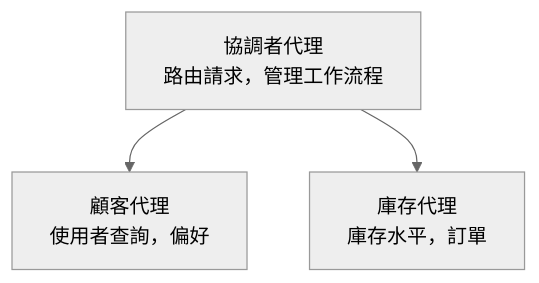
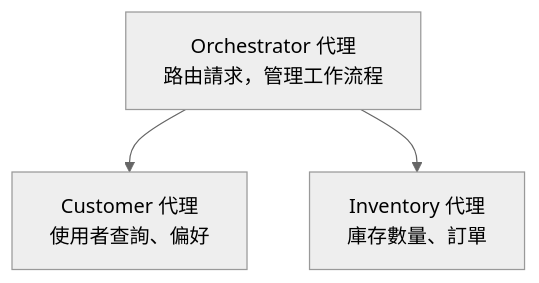
The diagram in translations/zh-TW/docs/chapter-05-multi-agent/README.md (microsoft/AZD-for-beginners), drawn with Mermaid (neutral theme) before and after one commit. The commit also changed other lines of this file and 104 other files, not shown here.

````diff
--- a/translations/zh-TW/docs/chapter-05-multi-agent/README.md
+++ b/translations/zh-TW/docs/chapter-05-multi-agent/README.md
@@ -52,5 +54,5 @@
 ```mermaid
 graph TD
-    Orchestrator[協調者代理<br/>路由請求，管理工作流程] --> Customer[顧客代理<br/>使用者查詢，偏好]
-    Orchestrator --> Inventory[庫存代理<br/>庫存水平，訂單]
+    Orchestrator[Orchestrator 代理<br/>路由請求，管理工作流程] --> Customer[Customer 代理<br/>使用者查詢、偏好]
+    Orchestrator --> Inventory[Inventory 代理<br/>庫存數量、訂單]
 ```
````
